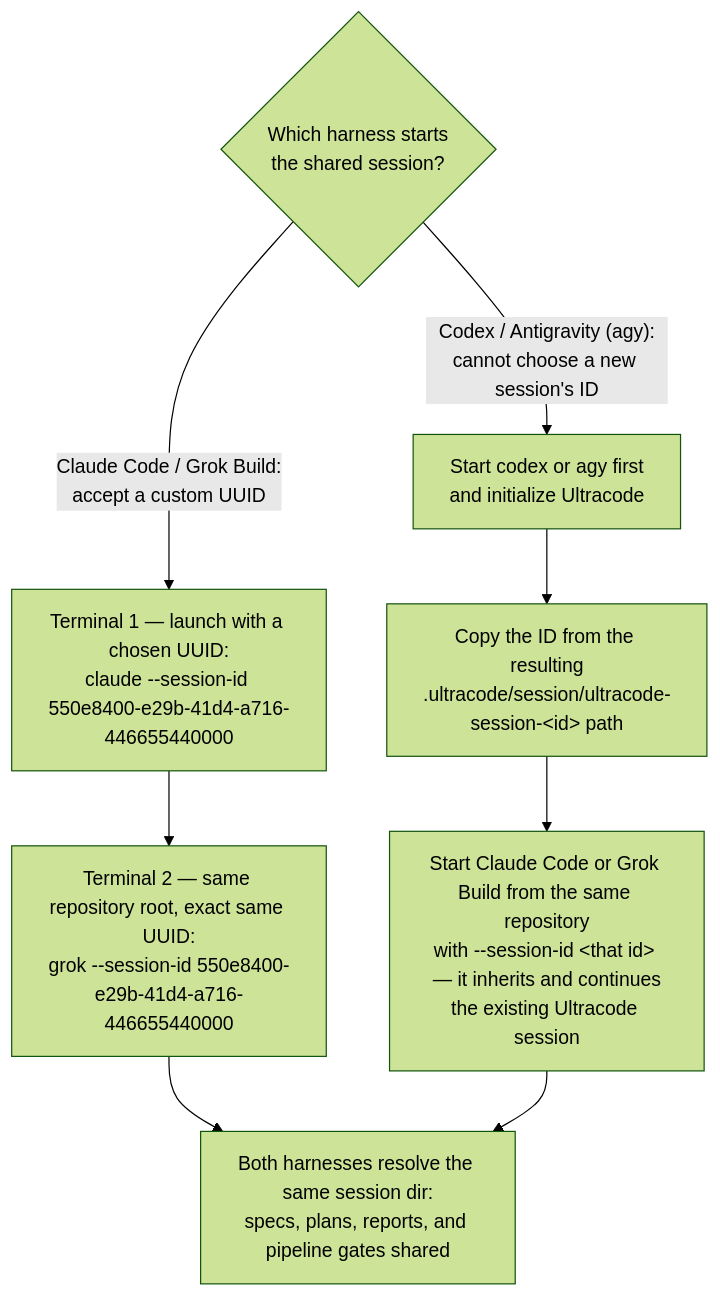
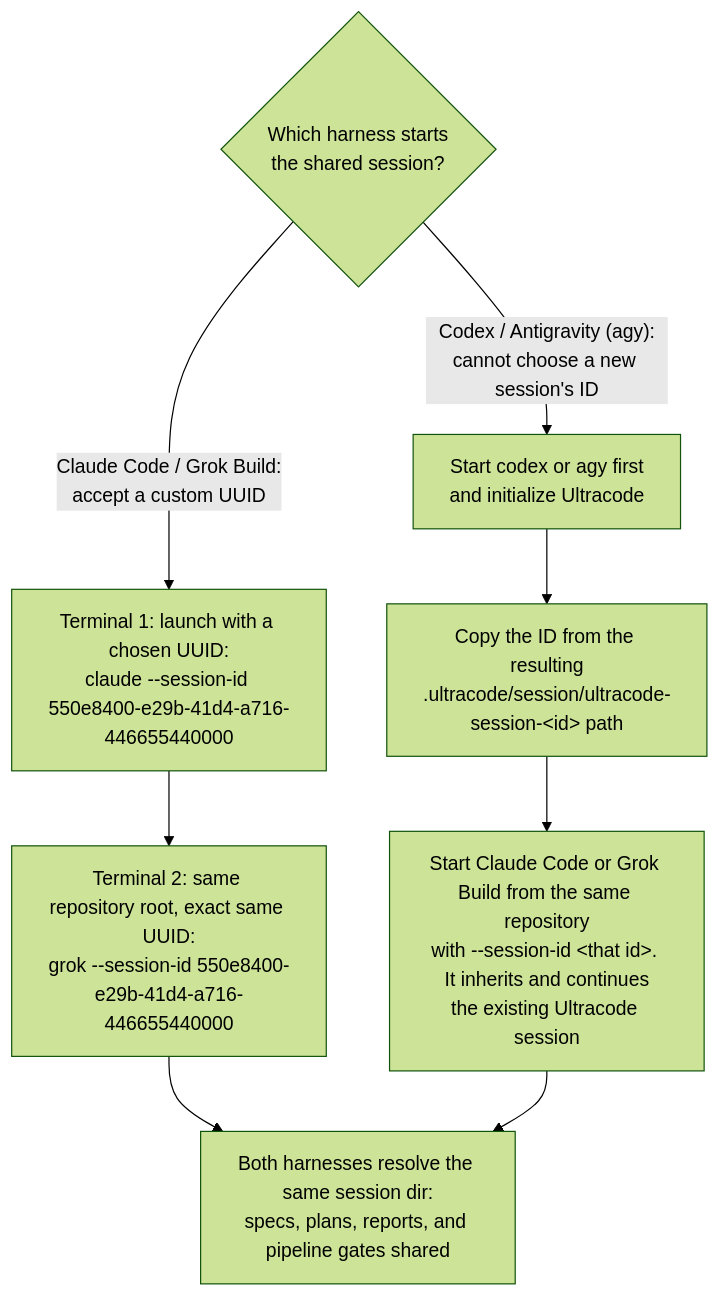
One commit to diepquynh/ultracode changed the third of 3 diagrams in README.md. Above: the diagram before and after it, drawn with Mermaid (forest theme). The commit also changed other lines of this file and 36 other files, not shown here.

````diff
--- a/README.md
+++ b/README.md
@@ -194,11 +198,11 @@
 ```mermaid
 flowchart TD
     PICK{"Which harness starts<br/>the shared session?"}
-    PICK -- "Claude Code / Grok Build:<br/>accept a custom UUID" --> MINT["Terminal 1 — launch with a chosen UUID:<br/>claude --session-id 550e8400-e29b-41d4-a716-446655440000"]
-    MINT --> JOINA["Terminal 2 — same repository root, exact same UUID:<br/>grok --session-id 550e8400-e29b-41d4-a716-446655440000"]
+    PICK -- "Claude Code / Grok Build:<br/>accept a custom UUID" --> MINT["Terminal 1: launch with a chosen UUID:<br/>claude --session-id 550e8400-e29b-41d4-a716-446655440000"]
+    MINT --> JOINA["Terminal 2: same repository root, exact same UUID:<br/>grok --session-id 550e8400-e29b-41d4-a716-446655440000"]
     PICK -- "Codex / Antigravity (agy):<br/>cannot choose a new session's ID" --> INIT["Start codex or agy first<br/>and initialize Ultracode"]
     INIT --> COPY["Copy the ID from the resulting<br/>.ultracode/session/ultracode-session-&lt;id&gt; path"]
-    COPY --> JOINB["Start Claude Code or Grok Build from the same repository<br/>with --session-id &lt;that id&gt; — it inherits and continues<br/>the existing Ultracode session"]
+    COPY --> JOINB["Start Claude Code or Grok Build from the same repository<br/>with --session-id &lt;that id&gt;. It inherits and continues<br/>the existing Ultracode session"]
     JOINA --> SHARED["Both harnesses resolve the same session dir:<br/>specs, plans, reports, and pipeline gates shared"]
     JOINB --> SHARED
 ```
````
